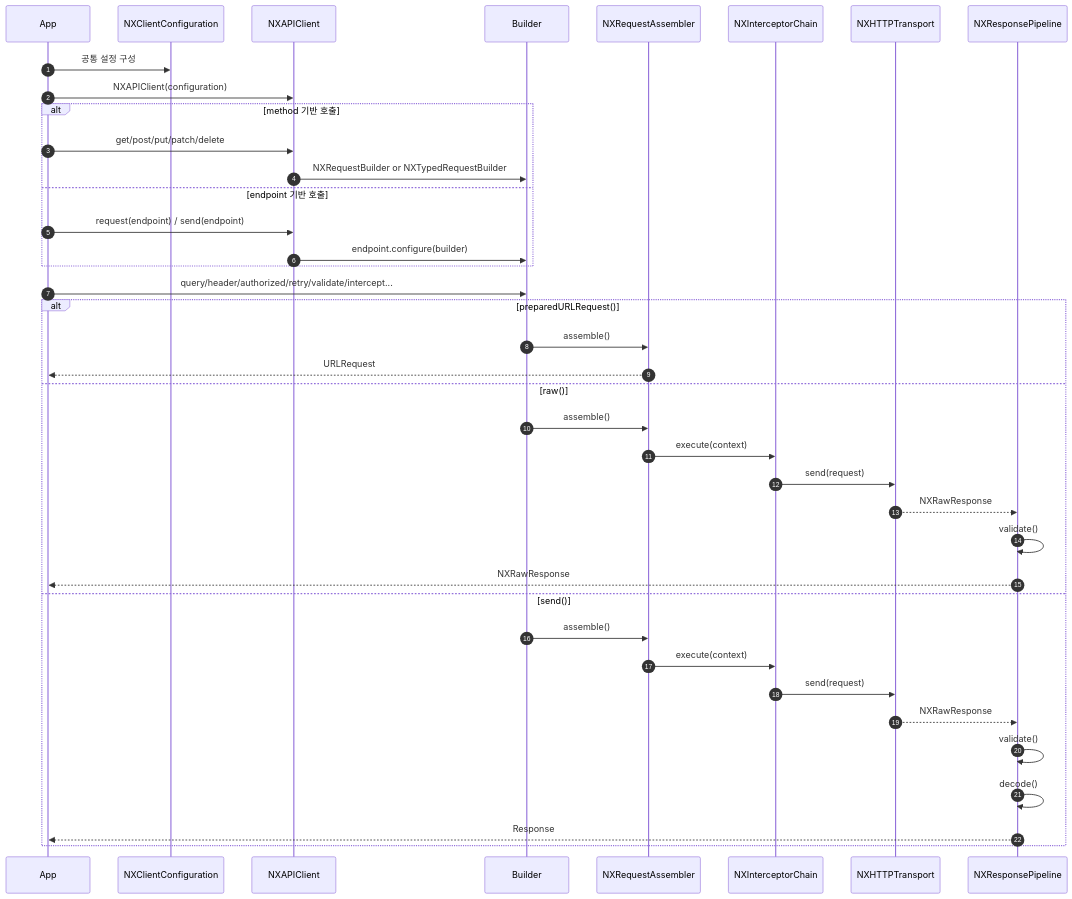
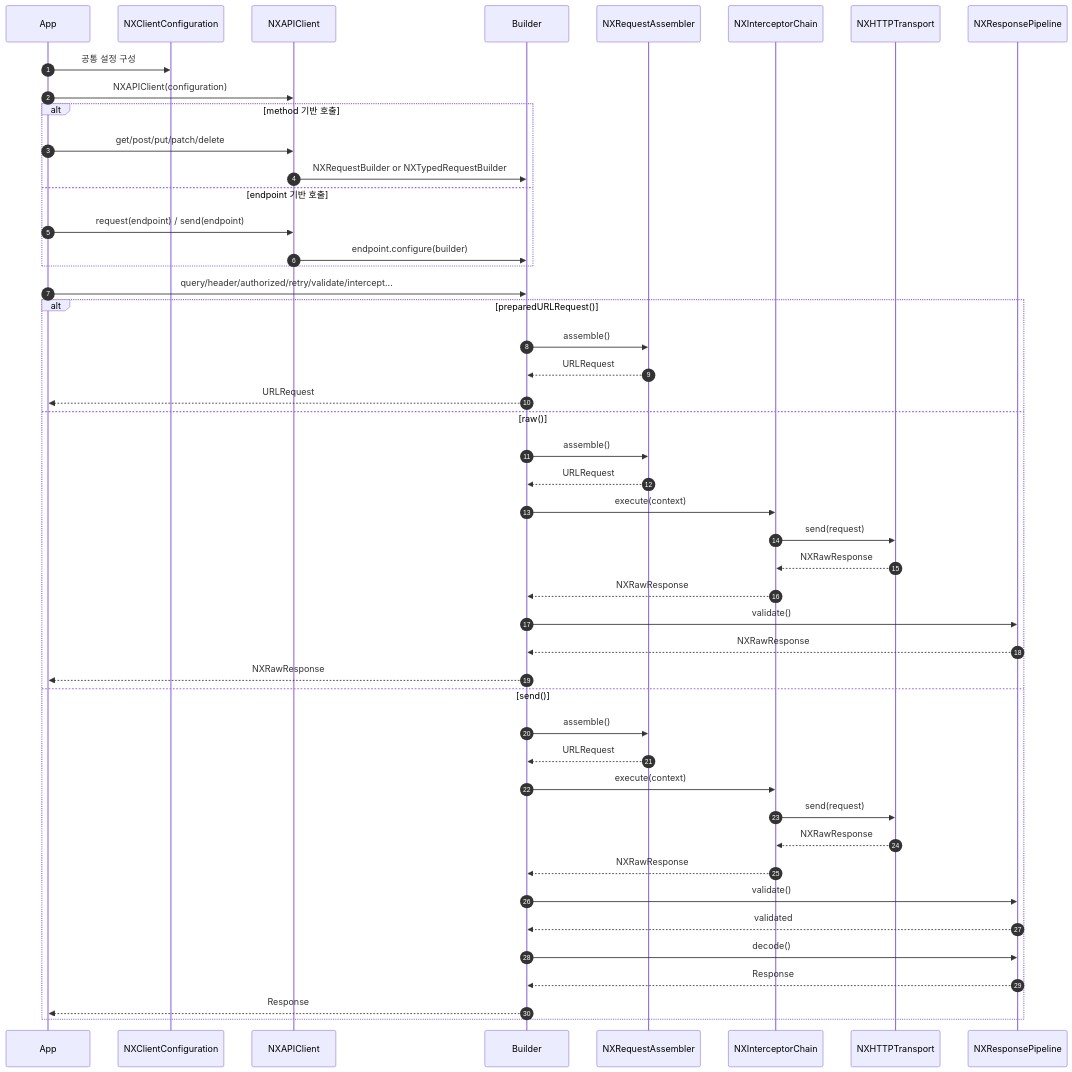
Before and after one commit to opficdev/Nexa: the diagram in README.md, drawn with Mermaid.

Commit message:
docs: README 시퀀스 다이어그램 흐름 수정

````diff
--- a/README.md
+++ b/README.md
@@ -150,45 +150,53 @@
 ```mermaid
 sequenceDiagram
     autonumber
     participant App
     participant Config as NXClientConfiguration
     participant Client as NXAPIClient
     participant Builder as Builder
     participant Assembler as NXRequestAssembler
     participant Chain as NXInterceptorChain
     participant Transport as NXHTTPTransport
     participant Pipeline as NXResponsePipeline
 
     App->>Config: 공통 설정 구성
     App->>Client: NXAPIClient(configuration)
 
     alt method 기반 호출
         App->>Client: get/post/put/patch/delete
         Client->>Builder: NXRequestBuilder or NXTypedRequestBuilder
     else endpoint 기반 호출
         App->>Client: request(endpoint) / send(endpoint)
         Client->>Builder: endpoint.configure(builder)
     end
 
     App->>Builder: query/header/authorized/retry/validate/intercept...
 
     alt preparedURLRequest()
         Builder->>Assembler: assemble()
-        Assembler-->>App: URLRequest
+        Assembler-->>Builder: URLRequest
+        Builder-->>App: URLRequest
     else raw()
         Builder->>Assembler: assemble()
-        Assembler->>Chain: execute(context)
+        Assembler-->>Builder: URLRequest
+        Builder->>Chain: execute(context)
         Chain->>Transport: send(request)
-        Transport-->>Pipeline: NXRawResponse
-        Pipeline->>Pipeline: validate()
-        Pipeline-->>App: NXRawResponse
+        Transport-->>Chain: NXRawResponse
+        Chain-->>Builder: NXRawResponse
+        Builder->>Pipeline: validate()
+        Pipeline-->>Builder: NXRawResponse
+        Builder-->>App: NXRawResponse
     else send()
         Builder->>Assembler: assemble()
-        Assembler->>Chain: execute(context)
+        Assembler-->>Builder: URLRequest
+        Builder->>Chain: execute(context)
         Chain->>Transport: send(request)
-        Transport-->>Pipeline: NXRawResponse
-        Pipeline->>Pipeline: validate()
-        Pipeline->>Pipeline: decode()
-        Pipeline-->>App: Response
+        Transport-->>Chain: NXRawResponse
+        Chain-->>Builder: NXRawResponse
+        Builder->>Pipeline: validate()
+        Pipeline-->>Builder: validated
+        Builder->>Pipeline: decode()
+        Pipeline-->>Builder: Response
+        Builder-->>App: Response
     end
 ```
````
